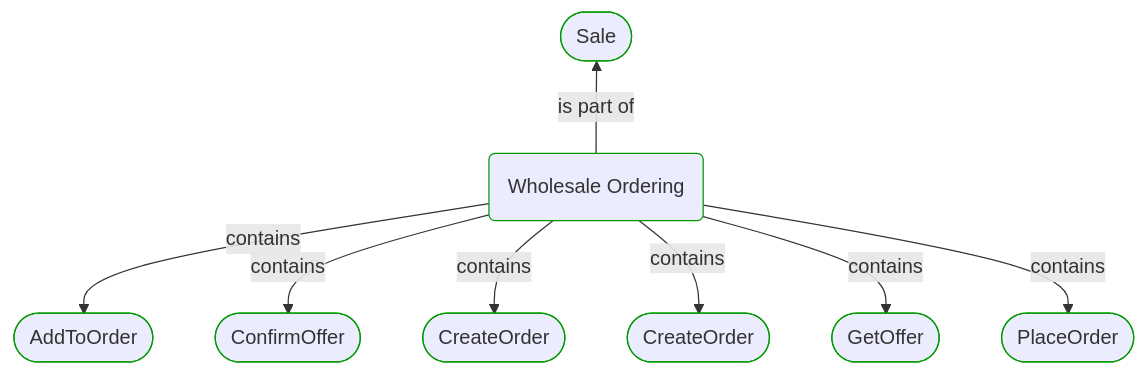
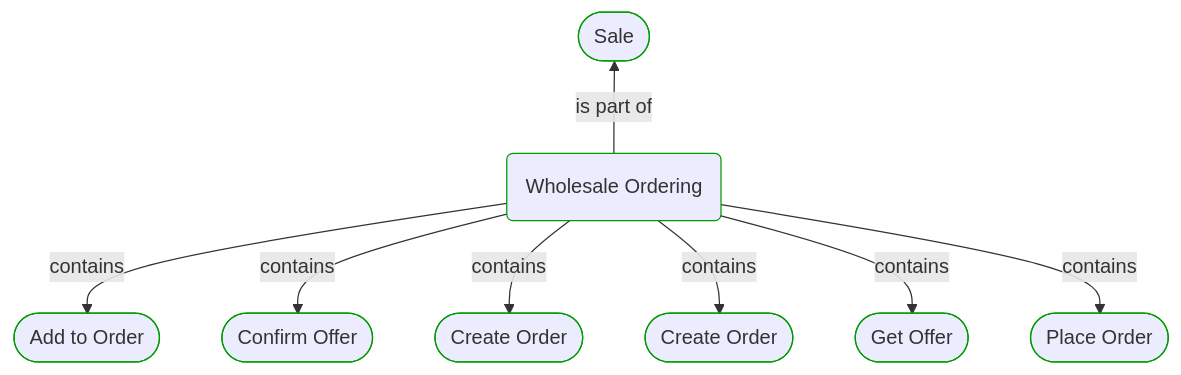
Before and after one commit to itlibrium/DDD-starter-dotnet: the first of 3 diagrams in Docs/P3/MermaidOutput/Domain/Processes/Sale/Wholesale ordering/WholesaleOrdering.md, drawn with Mermaid. The commit also changed other lines of this file and 51 other files, not shown here.

````diff
--- a/Docs/P3/MermaidOutput/Domain/Processes/Sale/Wholesale ordering/WholesaleOrdering.md
+++ b/Docs/P3/MermaidOutput/Domain/Processes/Sale/Wholesale ordering/WholesaleOrdering.md
@@ -22,32 +22,32 @@
 ```mermaid
   flowchart TB
     0([Sale])
     class 0 DomainPerspective
     1(Wholesale Ordering)
     class 1 DomainPerspective
     0---1
     1-->|is part of|0
     1---0
-    2([AddToOrder])
+    2([Add to Order])
     class 2 DomainPerspective
     1-->|contains|2
-    3([ConfirmOffer])
+    3([Confirm Offer])
     class 3 DomainPerspective
     1-->|contains|3
-    4([CreateOrder])
+    4([Create Order])
     class 4 DomainPerspective
     1-->|contains|4
-    5([CreateOrder])
+    5([Create Order])
     class 5 DomainPerspective
     1-->|contains|5
-    6([GetOffer])
+    6([Get Offer])
     class 6 DomainPerspective
     1-->|contains|6
-    7([PlaceOrder])
+    7([Place Order])
     class 7 DomainPerspective
     1-->|contains|7
     linkStyle 0,2 stroke:none
     classDef DomainPerspective stroke:#009900
     classDef TechnologyPerspective stroke:#1F41EB
     classDef PeoplePerspective stroke:#FFF014
 ```
````
